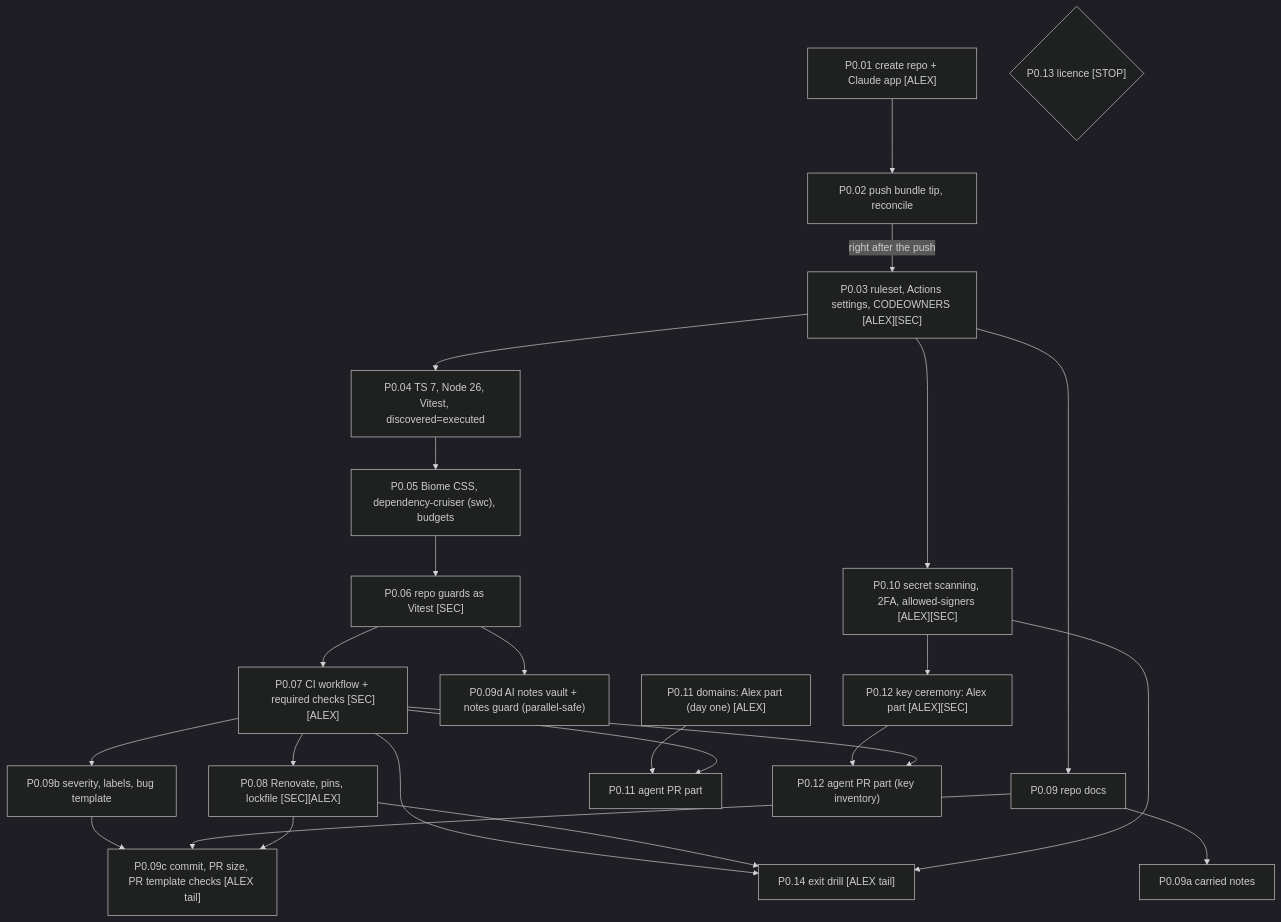
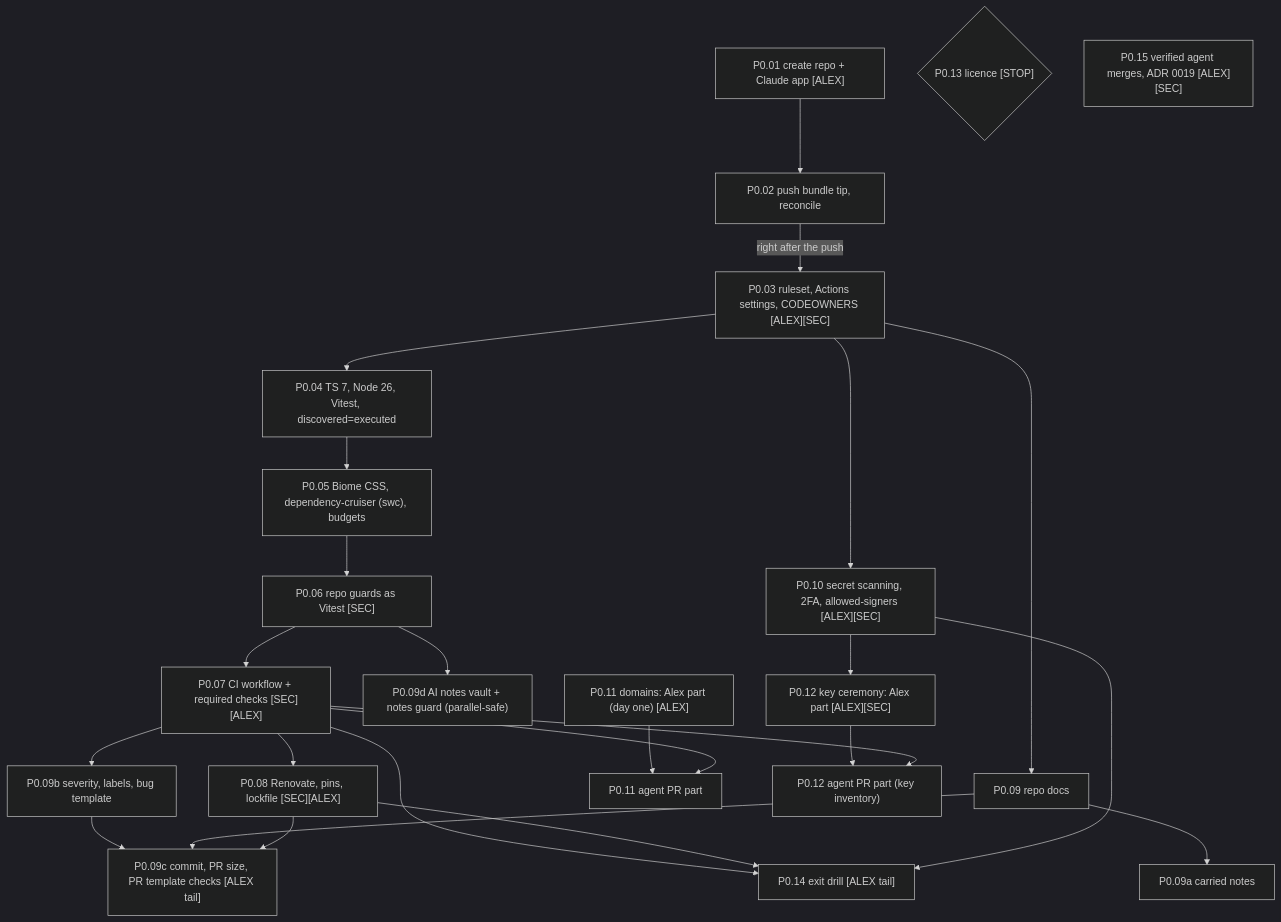
Before and after one commit to Undefined6799/unset: the first of 2 diagrams in docs/ai/book/phase-0.md, drawn with Mermaid (dark theme). The commit also changed other lines of this file and 2 other files, not shown here.

First line of the commit message:
P0.09 Book P0.15, P1.23h and three merges

````diff
--- a/docs/ai/book/phase-0.md
+++ b/docs/ai/book/phase-0.md
@@ -76,27 +76,28 @@
 ```mermaid
 flowchart TD
   P001["P0.01 create repo + Claude app [ALEX]"] --> P002["P0.02 push bundle tip, reconcile"]
   P002 -->|"right after the push"| P003["P0.03 ruleset, Actions settings, CODEOWNERS [ALEX][SEC]"]
   P003 --> P004["P0.04 TS 7, Node 26, Vitest, discovered=executed"]
   P004 --> P005["P0.05 Biome CSS, dependency-cruiser (swc), budgets"]
   P005 --> P006["P0.06 repo guards as Vitest [SEC]"]
   P006 --> P007["P0.07 CI workflow + required checks [SEC][ALEX]"]
   P007 --> P008["P0.08 Renovate, pins, lockfile [SEC][ALEX]"]
   P003 --> P009["P0.09 repo docs"]
   P009 --> P009a["P0.09a carried notes"]
   P007 --> P009b["P0.09b severity, labels, bug template"]
   P009b --> P009c["P0.09c commit, PR size, PR template checks [ALEX tail]"]
   P006 --> P009d["P0.09d AI notes vault + notes guard (parallel-safe)"]
   P009 --> P009c
   P008 --> P009c
   P003 --> P010["P0.10 secret scanning, 2FA, allowed-signers [ALEX][SEC]"]
   P011A["P0.11 domains: Alex part (day one) [ALEX]"] --> P011B["P0.11 agent PR part"]
   P007 --> P011B
   P010 --> P012A["P0.12 key ceremony: Alex part [ALEX][SEC]"]
   P012A --> P012B["P0.12 agent PR part (key inventory)"]
   P007 --> P012B
   P013{"P0.13 licence [STOP]"}
   P007 --> P014["P0.14 exit drill [ALEX tail]"]
   P008 --> P014
   P010 --> P014
+  P015["P0.15 verified agent merges, ADR 0019 [ALEX][SEC]"]
 ```
````
